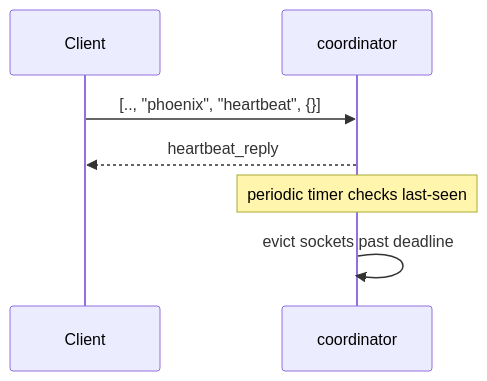
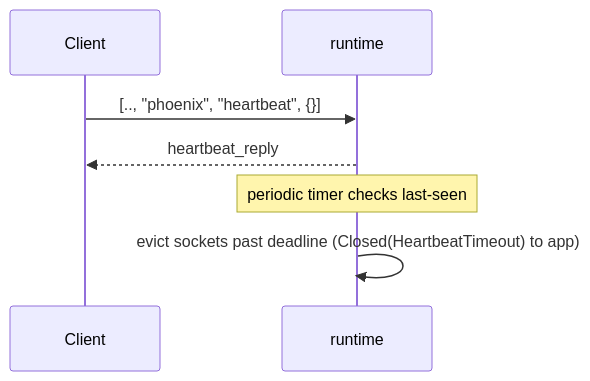
The fifth of 6 diagrams in website/src/content/docs/architecture/message-lifecycle.md (tylerbutler/beryl), drawn with Mermaid before and after one commit. The commit also changed other lines of this file and 21 other files, not shown here.

````diff
--- a/website/src/content/docs/architecture/message-lifecycle.md
+++ b/website/src/content/docs/architecture/message-lifecycle.md
@@ -78,9 +82,9 @@
 ```mermaid
 sequenceDiagram
   participant Client
-  participant Coord as coordinator
-  Client->>Coord: [.., "phoenix", "heartbeat", {}]
-  Coord-->>Client: heartbeat_reply
-  Note over Coord: periodic timer checks last-seen
-  Coord->>Coord: evict sockets past deadline
+  participant RT as runtime
+  Client->>RT: [.., "phoenix", "heartbeat", {}]
+  RT-->>Client: heartbeat_reply
+  Note over RT: periodic timer checks last-seen
+  RT->>RT: evict sockets past deadline (Closed(HeartbeatTimeout) to app)
 ```
````
